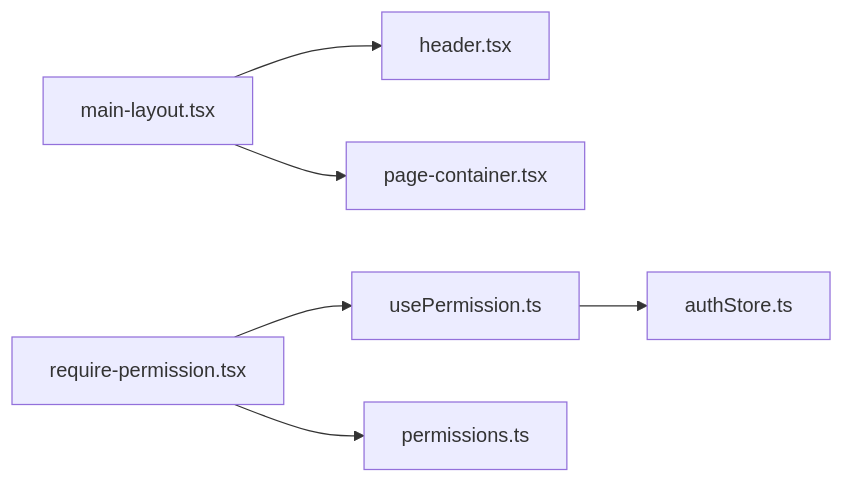
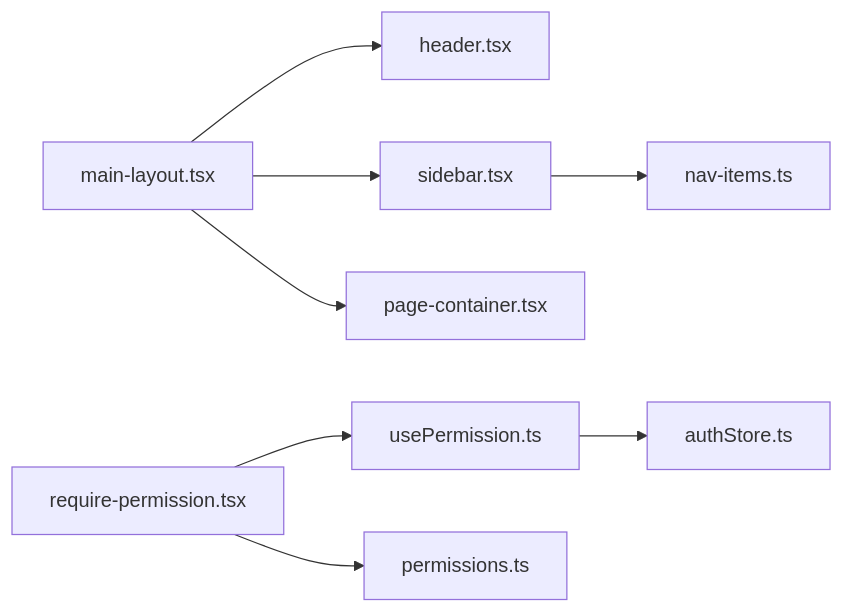
Before and after one commit to Damao997/newproject: the fourth of 4 diagrams in .qoder/repowiki/zh/content/架构设计/组件架构/布局组件.md, drawn with Mermaid. The commit also changed other lines of this file and 23 other files, not shown here.

````diff
--- a/.qoder/repowiki/zh/content/架构设计/组件架构/布局组件.md
+++ b/.qoder/repowiki/zh/content/架构设计/组件架构/布局组件.md
@@ -250,8 +371,10 @@
 ```mermaid
 graph LR
 MAIN["main-layout.tsx"] --> HEADER["header.tsx"]
+MAIN --> SIDEBAR["sidebar.tsx"]
 MAIN --> PAGE["page-container.tsx"]
+SIDEBAR --> NAV["nav-items.ts"]
 RP["require-permission.tsx"] --> UP["usePermission.ts"]
 UP --> AUTH["authStore.ts"]
 RP --> PERM["permissions.ts"]
 ```
````
